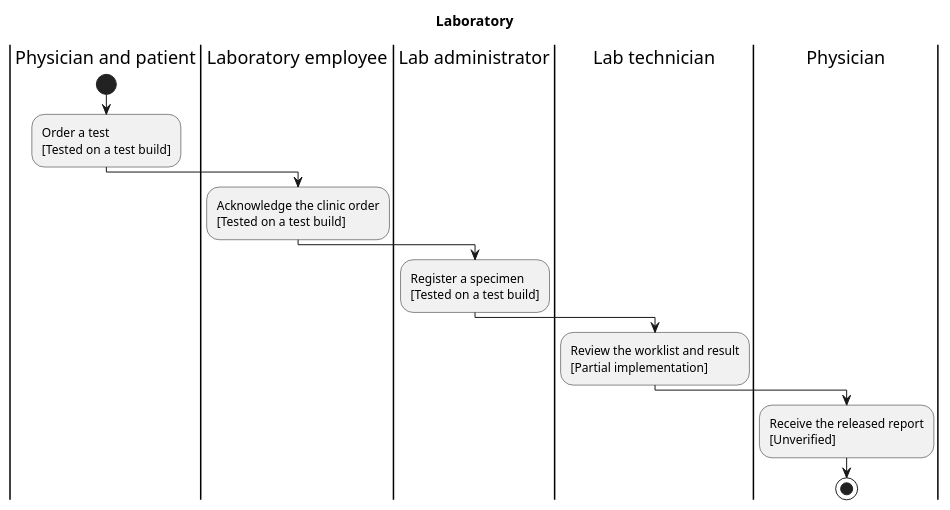
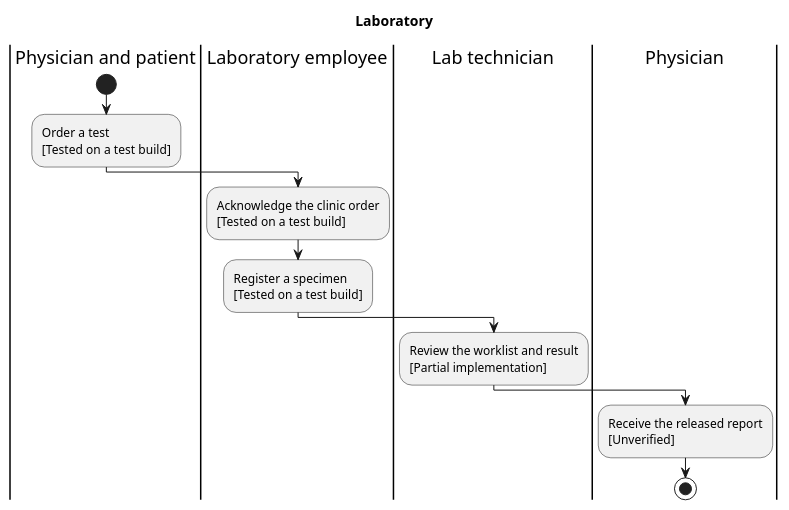
One commit to medbookdev/medbook-readiness changed the seventh of 10 diagrams in medbook-full-en.puml. Above: the diagram before and after it, drawn with PlantUML. The commit also changed 11 other files, not shown here.

Commit message:
Show the verified laboratory employee collection workflow in both languages

```diff
--- a/medbook-full-en.puml
+++ b/medbook-full-en.puml
@@ -133,17 +133,17 @@
 @startuml medbook-lab
 skinparam shadowing false
 title Laboratory
 |Physician and patient|
 start
 |Physician and patient|
 :Order a test\n[Tested on a test build];
 |Laboratory employee|
 :Acknowledge the clinic order\n[Tested on a test build];
-|Lab administrator|
+|Laboratory employee|
 :Register a specimen\n[Tested on a test build];
 |Lab technician|
 :Review the worklist and result\n[Partial implementation];
 |Physician|
 :Receive the released report\n[Unverified];
 stop
 @enduml
```
